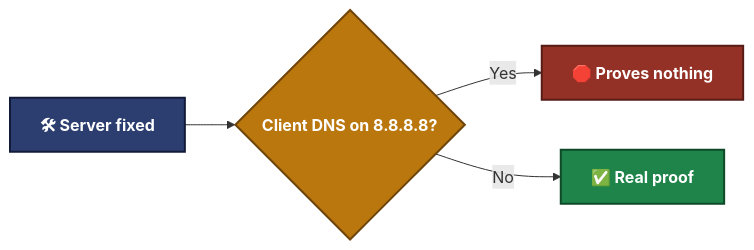
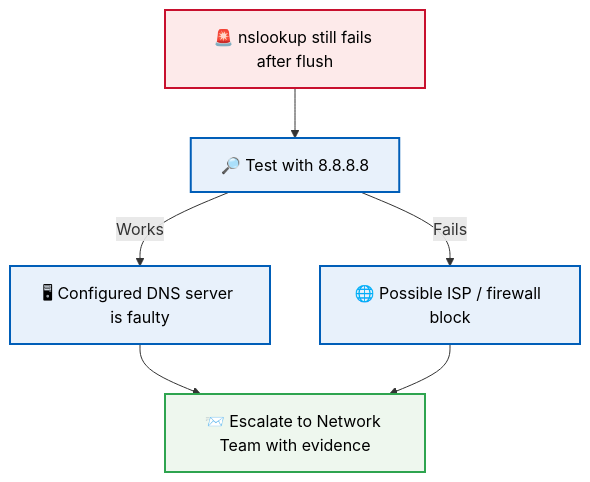
The third of 5 diagrams in 01-video-knowledge-base/01.1-DNS-Resolution-Issue.md (malaika-azhar/Customer-Tech-Support-Portfolio), drawn with Mermaid before and after one commit. The commit also changed other lines of this file, not shown here.

````diff
--- a/01-video-knowledge-base/01.1-DNS-Resolution-Issue.md
+++ b/01-video-knowledge-base/01.1-DNS-Resolution-Issue.md
@@ -363,11 +251,12 @@
 ```mermaid
-flowchart LR
-    A["🛠 Server fixed"]:::work --> B{"Client DNS on 8.8.8.8?"}:::ask
-    B -->|Yes| C["🛑 Proves nothing"]:::bad
-    B -->|No| D["✅ Real proof"]:::good
+flowchart TD
+    A["🚨 nslookup still fails after flush"]:::alert --> B["🔎 Test with 8.8.8.8"]:::work
+    B -->|Works| C["🖥 Configured DNS server is faulty"]:::work
+    B -->|Fails| D["🌐 Possible ISP / firewall block"]:::work
+    C --> E["📨 Escalate to Network Team with evidence"]:::done
+    D --> E
 
-    classDef work fill:#2C3E70,stroke:#131B3A,stroke-width:2px,color:#FFFFFF,font-weight:bold
-    classDef ask fill:#B9770E,stroke:#6E4409,stroke-width:2px,color:#FFFFFF,font-weight:bold
-    classDef bad fill:#943126,stroke:#571C16,stroke-width:2px,color:#FFFFFF,font-weight:bold
-    classDef good fill:#1E8449,stroke:#0E4A28,stroke-width:2px,color:#FFFFFF,font-weight:bold
+    classDef alert fill:#fdeaea,stroke:#C8102E,stroke-width:2px,color:#000
+    classDef work fill:#e8f1fb,stroke:#005EB8,stroke-width:2px,color:#000
+    classDef done fill:#eef7ee,stroke:#2ea44f,stroke-width:2px,color:#000
 ```
````
